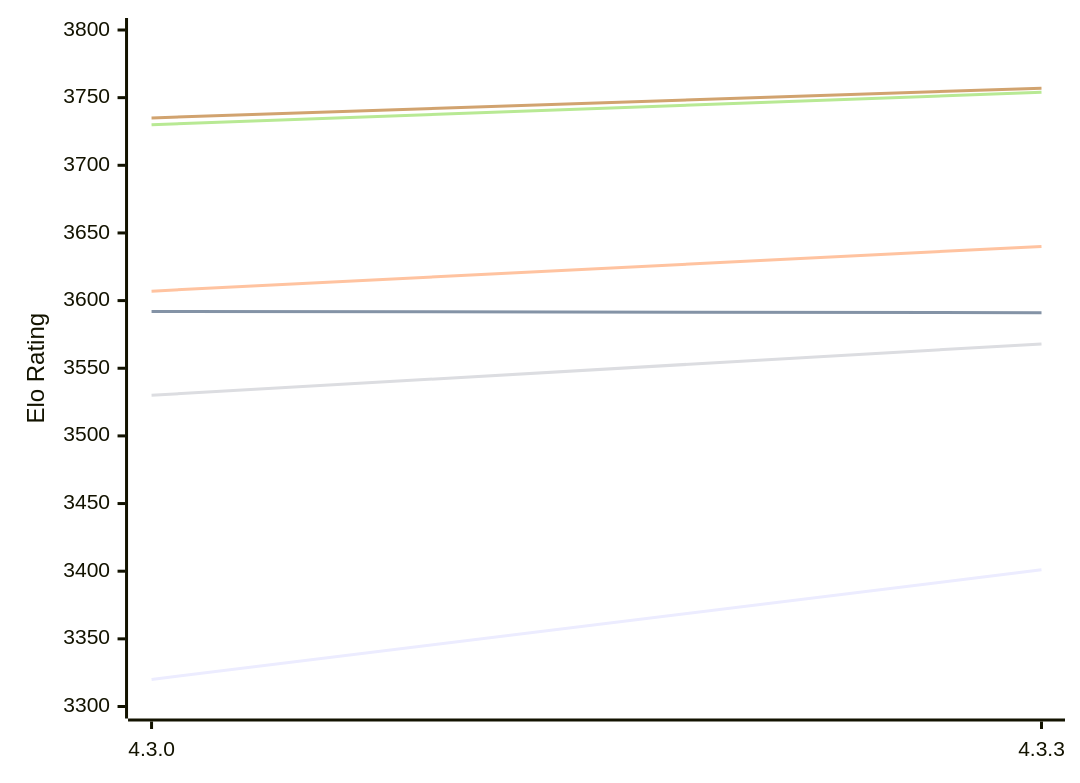
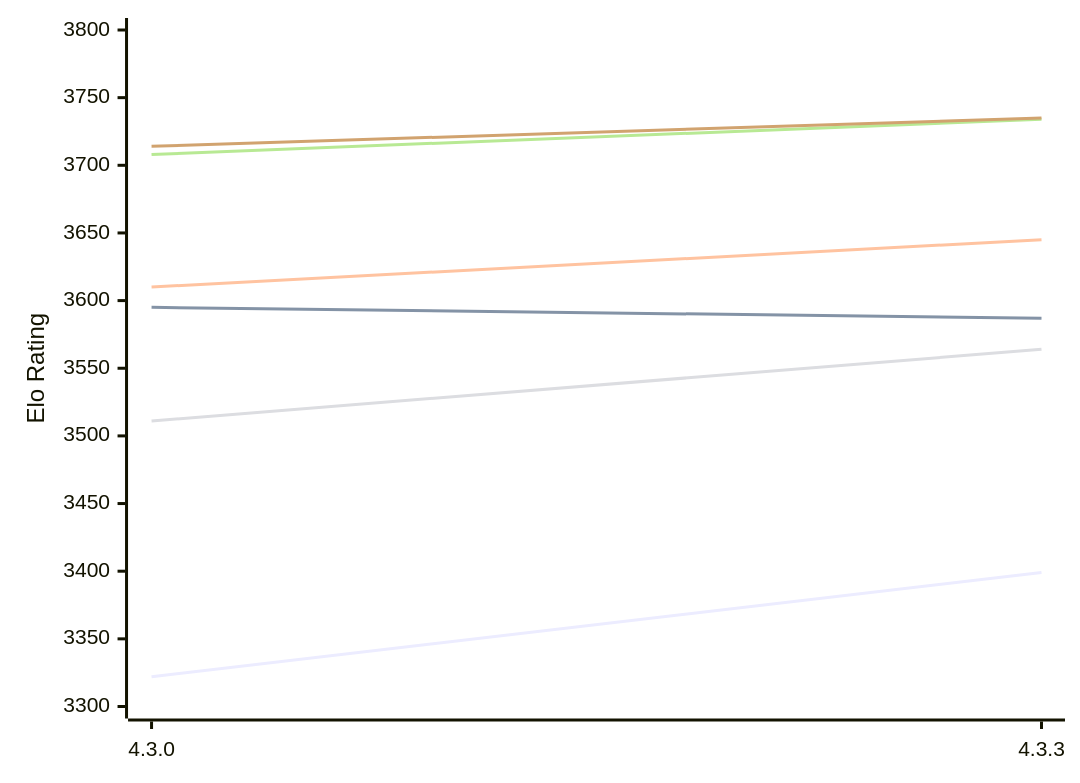
One commit to computer-chess-index/cci changed the first of 2 diagrams in engines/Gaia.md. Above: the diagram before and after it, drawn with Mermaid. The commit also changed other lines of this file, not shown here.

Commit message:
Update CCI Ratings (ELO VLTC) - 2026-10-18

````diff
--- a/engines/Gaia.md
+++ b/engines/Gaia.md
@@ -55,12 +55,12 @@
 ```mermaid
 %%{init: {"theme":"base","themeVariables":{"seriesColors:['#a3a3a3','#222221','#faa371']}}}%%
 xychart-beta
   x-axis ["4.3.0", "4.3.3"]
   y-axis "Elo Rating" 3300 --> 3800
-  line "E1: STC (8.0+0.08s)" [3320, 3401]
-  line "E1: LTC (60.0+0.60s)" [3592, 3591]
-  line "E1: VLTC (2m24s+1.12s)" [3607, 3640]
-  line "P1: STC (8.0+0.08s)" [3530, 3568]
-  line "P1: LTC (60.0+0.60s)" [3730, 3754]
-  line "P1: VLTC (2m24s+1.12s)" [3735, 3757]
+  line "E1: STC (8.0+0.08s)" [3322, 3399]
+  line "E1: LTC (60.0+0.60s)" [3595, 3587]
+  line "E1: VLTC (2m24s+1.12s)" [3610, 3645]
+  line "P1: STC (8.0+0.08s)" [3511, 3564]
+  line "P1: LTC (60.0+0.60s)" [3708, 3734]
+  line "P1: VLTC (2m24s+1.12s)" [3714, 3735]
 ```
````
